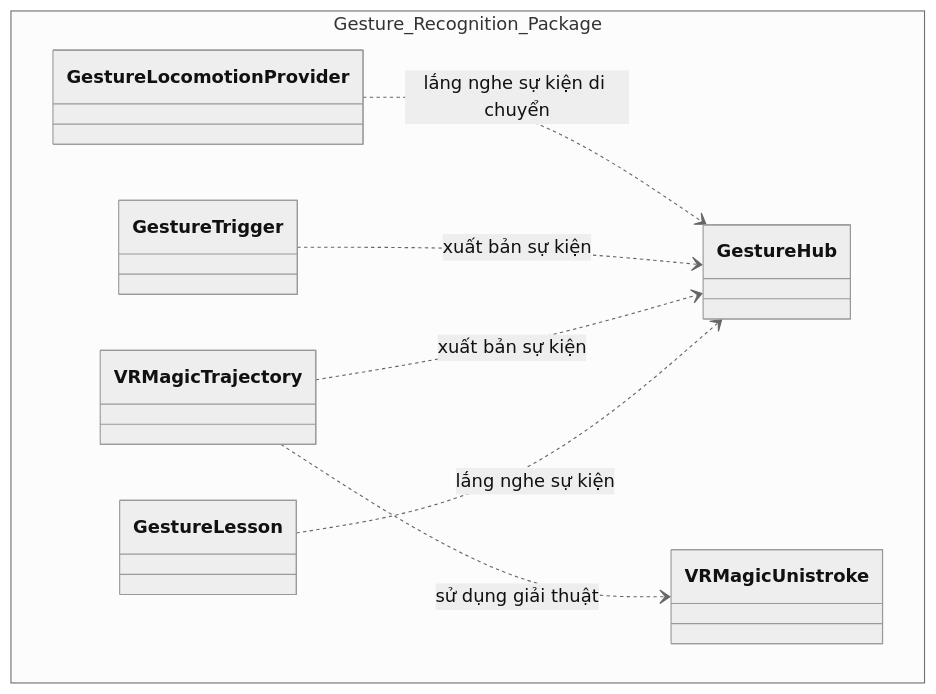
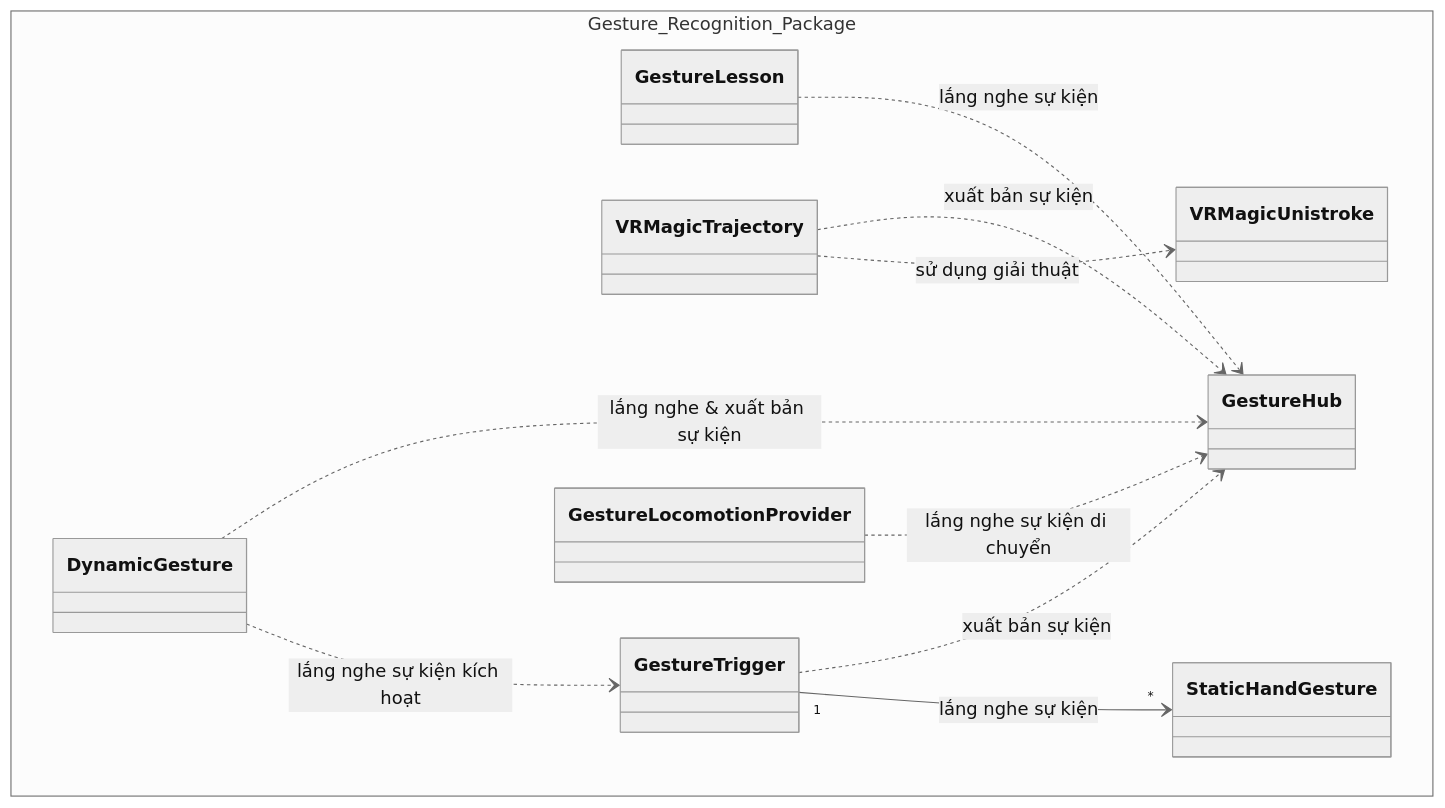
The third of 10 diagrams in docs/DATN/12-Chương_5_Các_giải_pháp_và_đóng_góp_nổi_bật.md (MinhTrinh04/ASL), drawn with Mermaid before and after one commit. The commit also changed other lines of this file, not shown here.

Commit message:
update dynamic gesture

````diff
--- a/docs/DATN/12-Chương_5_Các_giải_pháp_và_đóng_góp_nổi_bật.md
+++ b/docs/DATN/12-Chương_5_Các_giải_pháp_và_đóng_góp_nổi_bật.md
@@ -87,18 +87,23 @@
 ```mermaid
 %%{init: {'theme': 'neutral'}}%%
 classDiagram
     namespace Gesture_Recognition_Package {
         class GestureHub
         class GestureLesson
         class VRMagicTrajectory
         class VRMagicUnistroke
         class GestureTrigger
         class GestureLocomotionProvider
+        class StaticHandGesture
+        class DynamicGesture
     }
 
     GestureLesson ..> GestureHub : lắng nghe sự kiện
     VRMagicTrajectory ..> GestureHub : xuất bản sự kiện
     VRMagicTrajectory ..> VRMagicUnistroke : sử dụng giải thuật
     GestureTrigger ..> GestureHub : xuất bản sự kiện
     GestureLocomotionProvider ..> GestureHub : lắng nghe sự kiện di chuyển
+    GestureTrigger "1" --> "*" StaticHandGesture : lắng nghe sự kiện
+    DynamicGesture ..> GestureHub : lắng nghe & xuất bản sự kiện
+    DynamicGesture ..> GestureTrigger : lắng nghe sự kiện kích hoạt
 ```
````
